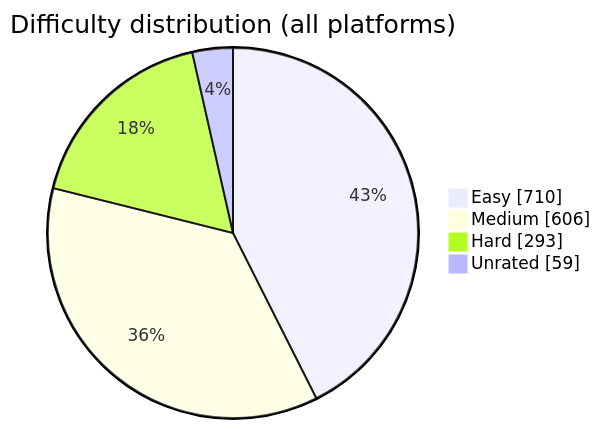
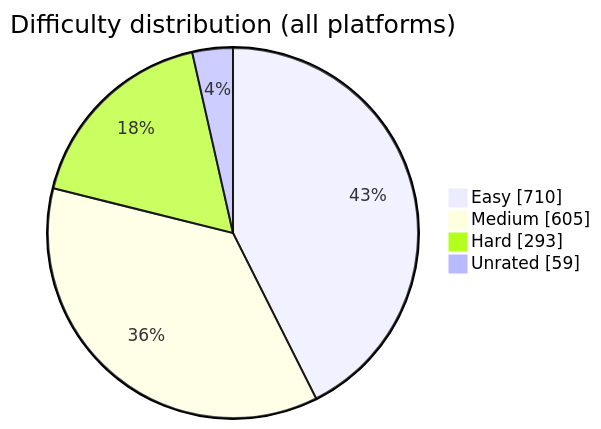
One commit to BuildbyArindam/Daily-Coding-Log changed the diagram in README.md. Above: the diagram before and after it, drawn with Mermaid. The commit also changed other lines of this file, not shown here.

````diff
--- a/README.md
+++ b/README.md
@@ -93,7 +93,7 @@
 ```mermaid
 pie showData title Difficulty distribution (all platforms)
     "Easy" : 710
-    "Medium" : 606
+    "Medium" : 605
     "Hard" : 293
     "Unrated" : 59
 ```
````
